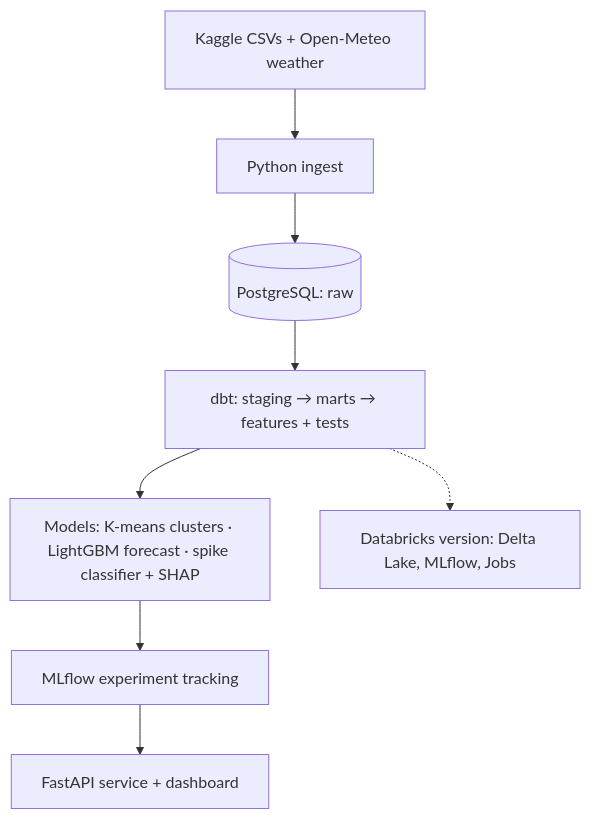
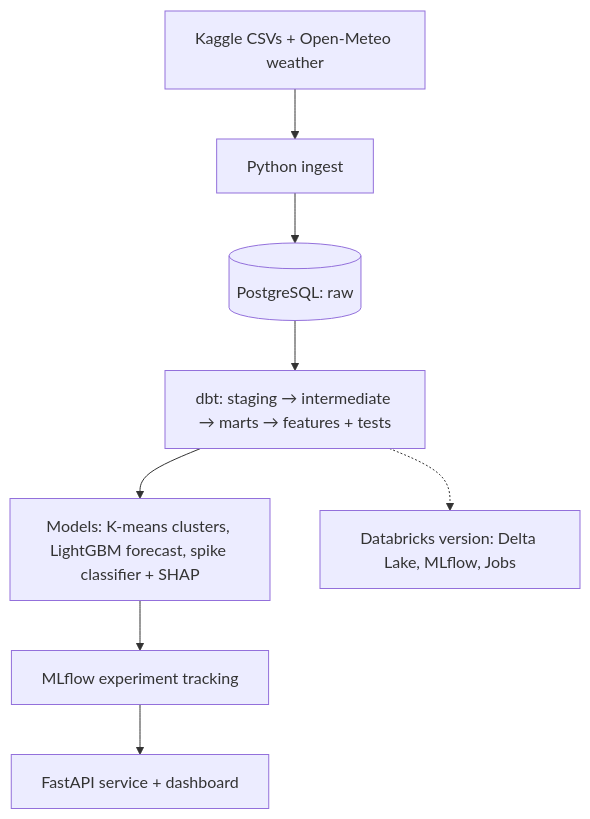
The diagram in README.md (MahdhiS/shelfcast), drawn with Mermaid before and after one commit. The commit also changed other lines of this file, not shown here.

````diff
--- a/README.md
+++ b/README.md
@@ -28,10 +36,10 @@
 ```mermaid
 flowchart TD
     A[Kaggle CSVs + Open-Meteo weather] --> B[Python ingest]
     B --> C[(PostgreSQL: raw)]
-    C --> D[dbt: staging → marts → features + tests]
-    D --> E[Models: K-means clusters · LightGBM forecast · spike classifier + SHAP]
+    C --> D[dbt: staging → intermediate → marts → features + tests]
+    D --> E[Models: K-means clusters, LightGBM forecast, spike classifier + SHAP]
     E --> F[MLflow experiment tracking]
     F --> G[FastAPI service + dashboard]
     D -.-> H[Databricks version: Delta Lake, MLflow, Jobs]
 ```
````
